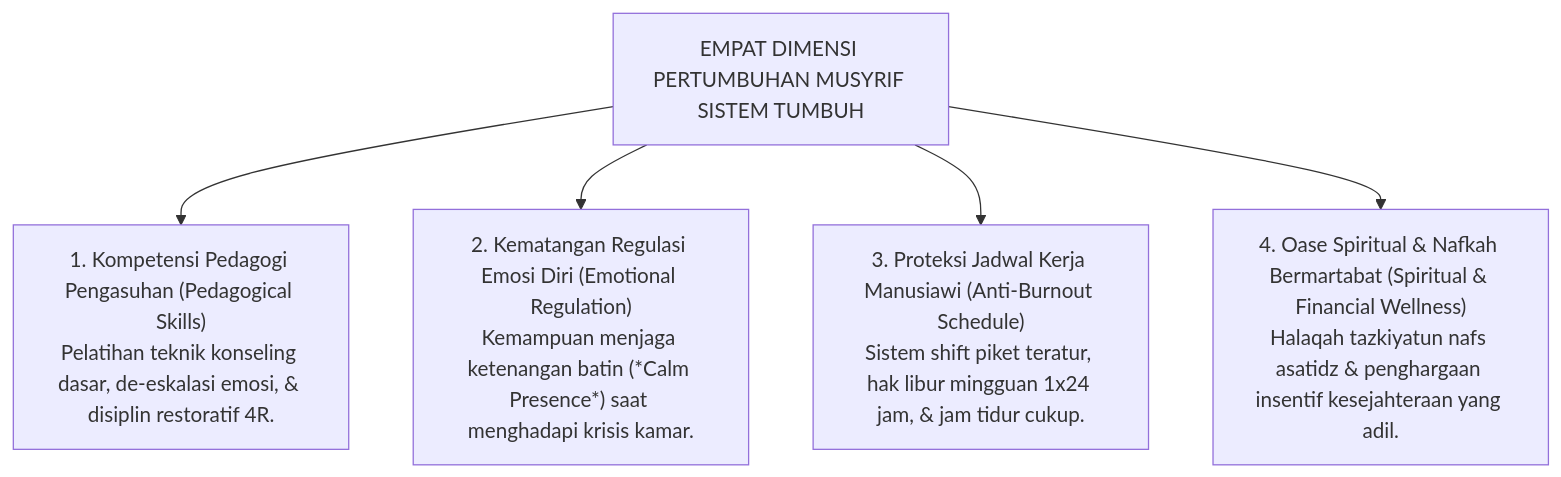
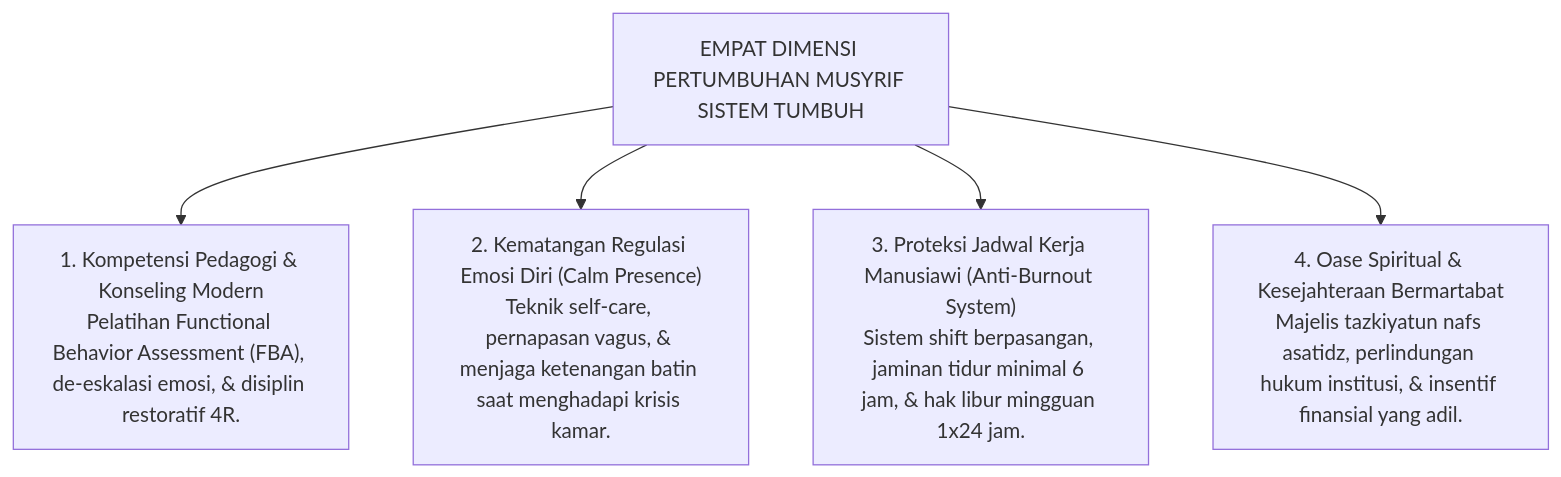
The second of 3 diagrams in BOOK-SERIES/Volume-01/Bab-06-Triad-Pertumbuhan-Simbiotik-dan-Kontinuum-10-Tahap/02-Pendidik-Musyrif-Bertumbuh-Anti-Burnout.md (wandiapriliyandi/tumbuh), drawn with Mermaid before and after one commit. The commit also changed other lines of this file and 24 other files, not shown here.

Commit message:
feat(book-01): perkaya dan perdalam seluruh isi subbab bab 02 s.d. 07 dengan elaborasi komprehensif, analisis mendalam, dan diagram alur lengkap

````diff
--- a/BOOK-SERIES/Volume-01/Bab-06-Triad-Pertumbuhan-Simbiotik-dan-Kontinuum-10-Tahap/02-Pendidik-Musyrif-Bertumbuh-Anti-Burnout.md
+++ b/BOOK-SERIES/Volume-01/Bab-06-Triad-Pertumbuhan-Simbiotik-dan-Kontinuum-10-Tahap/02-Pendidik-Musyrif-Bertumbuh-Anti-Burnout.md
@@ -39,12 +46,12 @@
 ```mermaid
 graph TD
     RootMusyrif["EMPAT DIMENSI PERTUMBUHAN MUSYRIF SISTEM TUMBUH"]
     
-    RootMusyrif --> M1["1. Kompetensi Pedagogi Pengasuhan (Pedagogical Skills)<br/>Pelatihan teknik konseling dasar, de-eskalasi emosi, & disiplin restoratif 4R."]
+    RootMusyrif --> M1["1. Kompetensi Pedagogi & Konseling Modern<br/>Pelatihan Functional Behavior Assessment (FBA), de-eskalasi emosi, & disiplin restoratif 4R."]
     
-    RootMusyrif --> M2["2. Kematangan Regulasi Emosi Diri (Emotional Regulation)<br/>Kemampuan menjaga ketenangan batin (*Calm Presence*) saat menghadapi krisis kamar."]
+    RootMusyrif --> M2["2. Kematangan Regulasi Emosi Diri (Calm Presence)<br/>Teknik self-care, pernapasan vagus, & menjaga ketenangan batin saat menghadapi krisis kamar."]
     
-    RootMusyrif --> M3["3. Proteksi Jadwal Kerja Manusiawi (Anti-Burnout Schedule)<br/>Sistem shift piket teratur, hak libur mingguan 1x24 jam, & jam tidur cukup."]
+    RootMusyrif --> M3["3. Proteksi Jadwal Kerja Manusiawi (Anti-Burnout System)<br/>Sistem shift berpasangan, jaminan tidur minimal 6 jam, & hak libur mingguan 1x24 jam."]
     
-    RootMusyrif --> M4["4. Oase Spiritual & Nafkah Bermartabat (Spiritual & Financial Wellness)<br/>Halaqah tazkiyatun nafs asatidz & penghargaan insentif kesejahteraan yang adil."]
+    RootMusyrif --> M4["4. Oase Spiritual & Kesejahteraan Bermartabat<br/>Majelis tazkiyatun nafs asatidz, perlindungan hukum institusi, & insentif finansial yang adil."]
 ```
````
